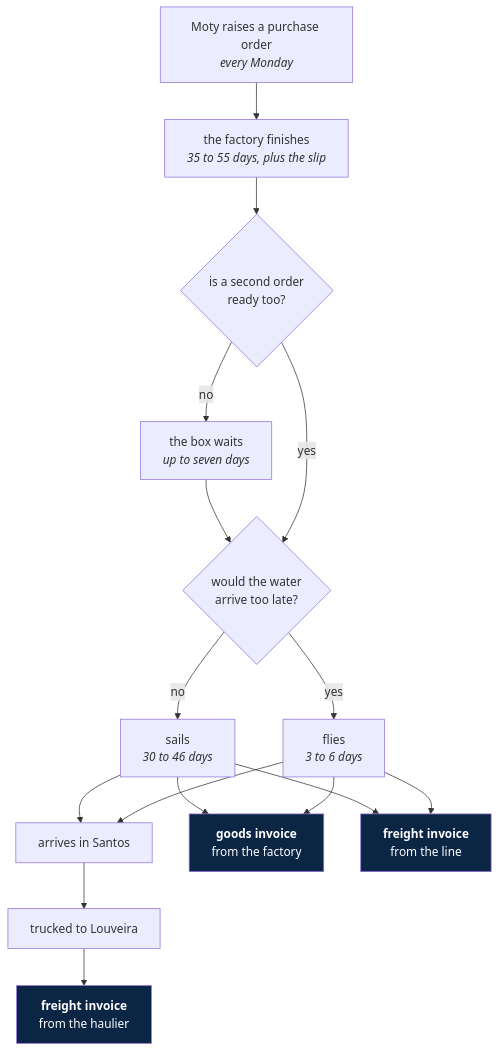
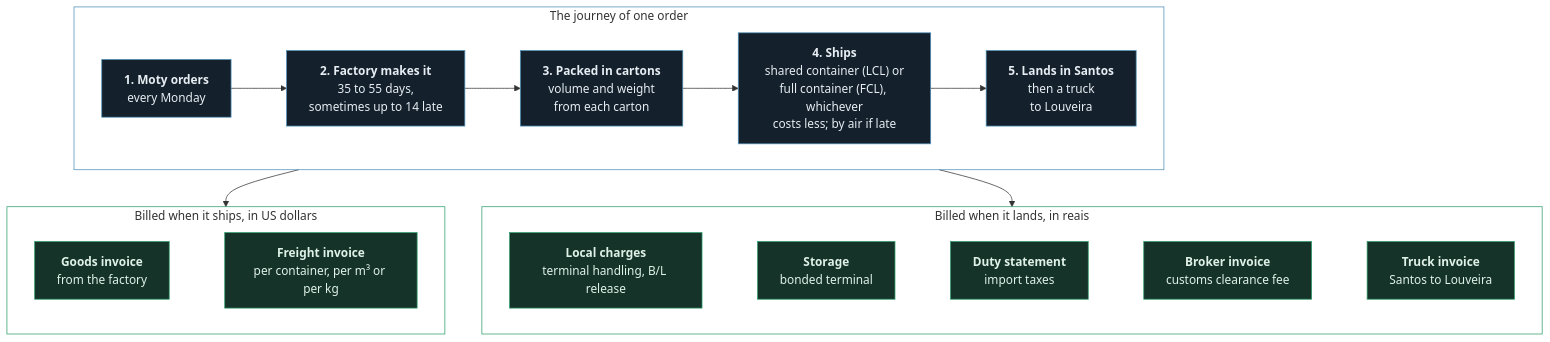
Before and after one commit to RafaelTavares98/invoice-pipeline: the third of 3 diagrams in README.md, drawn with Mermaid. The commit also changed other lines of this file and 166 other files, not shown here.

````diff
--- a/README.md
+++ b/README.md
@@ -44,33 +107,39 @@
 ```mermaid
-flowchart TD
-    PO["Moty raises a purchase order<br/><i>every Monday</i>"]
-    READY["the factory finishes<br/><i>35 to 55 days, plus the slip</i>"]
-    WAIT{"is a second order<br/>ready too?"}
-    HOLD["the box waits<br/><i>up to seven days</i>"]
-    LATE{"would the water<br/>arrive too late?"}
-    SEA["sails<br/><i>30 to 46 days</i>"]
-    AIR["flies<br/><i>3 to 6 days</i>"]
-    ARR["arrives in Santos"]
-    TRUCK["trucked to Louveira"]
+flowchart TB
+    subgraph TRIP["The journey of one order"]
+        direction LR
+        PO["<b>1. Moty orders</b><br/>every Monday"]
+        MAKE["<b>2. Factory makes it</b><br/>35 to 55 days,<br/>sometimes up to 14 late"]
+        PACK["<b>3. Packed in cartons</b><br/>volume and weight<br/>from each carton"]
+        SHIP["<b>4. Ships</b><br/>shared container (LCL) or<br/>full container (FCL), whichever<br/>costs less; by air if late"]
+        ARR["<b>5. Lands in Santos</b><br/>then a truck<br/>to Louveira"]
+        PO --> MAKE --> PACK --> SHIP --> ARR
+    end
 
-    GI["<b>goods invoice</b><br/>from the factory"]
-    FI["<b>freight invoice</b><br/>from the line"]
-    II["<b>freight invoice</b><br/>from the haulier"]
+    subgraph LEFT["Billed when it ships, in US dollars"]
+        direction LR
+        GI["<b>Goods invoice</b><br/>from the factory"]
+        FI["<b>Freight invoice</b><br/>per container, per m³ or per kg"]
+        GI ~~~ FI
+    end
+    subgraph LANDED["Billed when it lands, in reais"]
+        direction LR
+        LC["<b>Local charges</b><br/>terminal handling, B/L release"]
+        ST["<b>Storage</b><br/>bonded terminal"]
+        DS["<b>Duty statement</b><br/>import taxes"]
+        BF["<b>Broker invoice</b><br/>customs clearance fee"]
+        TR["<b>Truck invoice</b><br/>Santos to Louveira"]
+        LC ~~~ ST ~~~ DS ~~~ BF ~~~ TR
+    end
 
-    PO --> READY --> WAIT
-    WAIT -- no --> HOLD --> LATE
-    WAIT -- yes --> LATE
-    LATE -- no --> SEA
-    LATE -- yes --> AIR
-    SEA --> GI
-    SEA --> FI
-    AIR --> GI
-    AIR --> FI
-    SEA --> ARR
-    AIR --> ARR
-    ARR --> TRUCK --> II
+    TRIP --> LEFT
+    TRIP --> LANDED
 
-    style GI fill:#0B2545,color:#fff
-    style FI fill:#0B2545,color:#fff
-    style II fill:#0B2545,color:#fff
+    classDef step fill:#14202b,stroke:#4f8fb8,color:#e6edf3
+    classDef doc fill:#16332a,stroke:#2e9e6b,color:#dff2e8
+    class PO,MAKE,PACK,SHIP,ARR step
+    class GI,FI,LC,ST,DS,BF,TR doc
+    style TRIP fill:transparent,stroke:#4f8fb8
+    style LEFT fill:transparent,stroke:#2e9e6b
+    style LANDED fill:transparent,stroke:#2e9e6b
 ```
````
